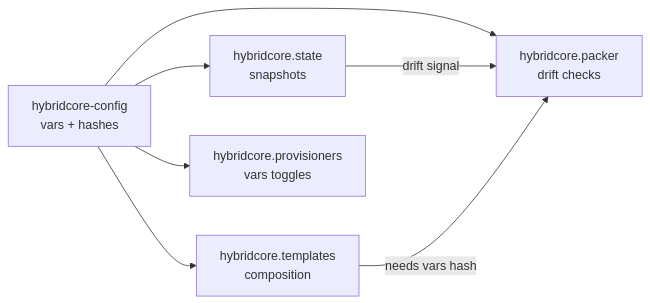
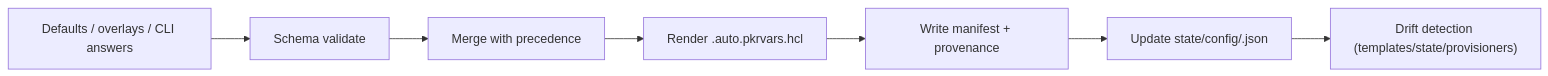
The diagram in openspec/specs/hybridcore-config/config-integrations.md (geho/packer-hybrid), drawn with Mermaid before and after one commit. The commit also changed 7 other files, not shown here.

Commit message:
hybridcore-config: document provenance and schema severity

````diff
--- a/openspec/specs/hybridcore-config/config-integrations.md
+++ b/openspec/specs/hybridcore-config/config-integrations.md
@@ -1,15 +1,9 @@
 ```mermaid
 flowchart LR
-  Vars["hybridcore-config<br/>vars + hashes"]
-  State["hybridcore.state<br/>snapshots"]
-  Templates["hybridcore.templates<br/>composition"]
-  Packer["hybridcore.packer<br/>drift checks"]
-  Provisioners["hybridcore.provisioners<br/>vars toggles"]
-
-  Vars --> State
-  Vars --> Templates
-  Vars --> Packer
-  Vars --> Provisioners
-  State -->|drift signal| Packer
-  Templates -->|needs vars hash| Packer
+  Inputs["Defaults / overlays / CLI answers"] --> Validate["Schema validate"]
+  Validate --> Merge["Merge with precedence"]
+  Merge --> Render["Render .auto.pkrvars.hcl"]
+  Render --> Manifest["Write manifest + provenance"]
+  Manifest --> State["Update state/config/<env>.json"]
+  State --> Drift["Drift detection (templates/state/provisioners)"]
 ```
````
